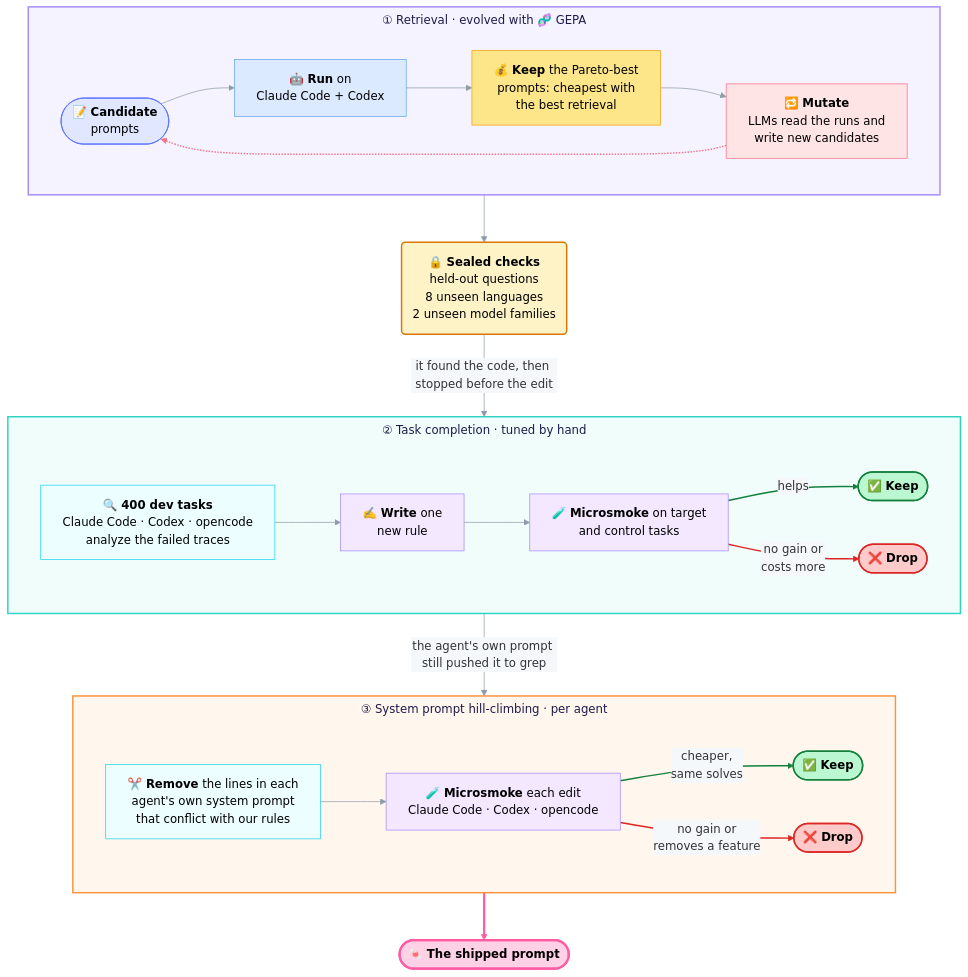
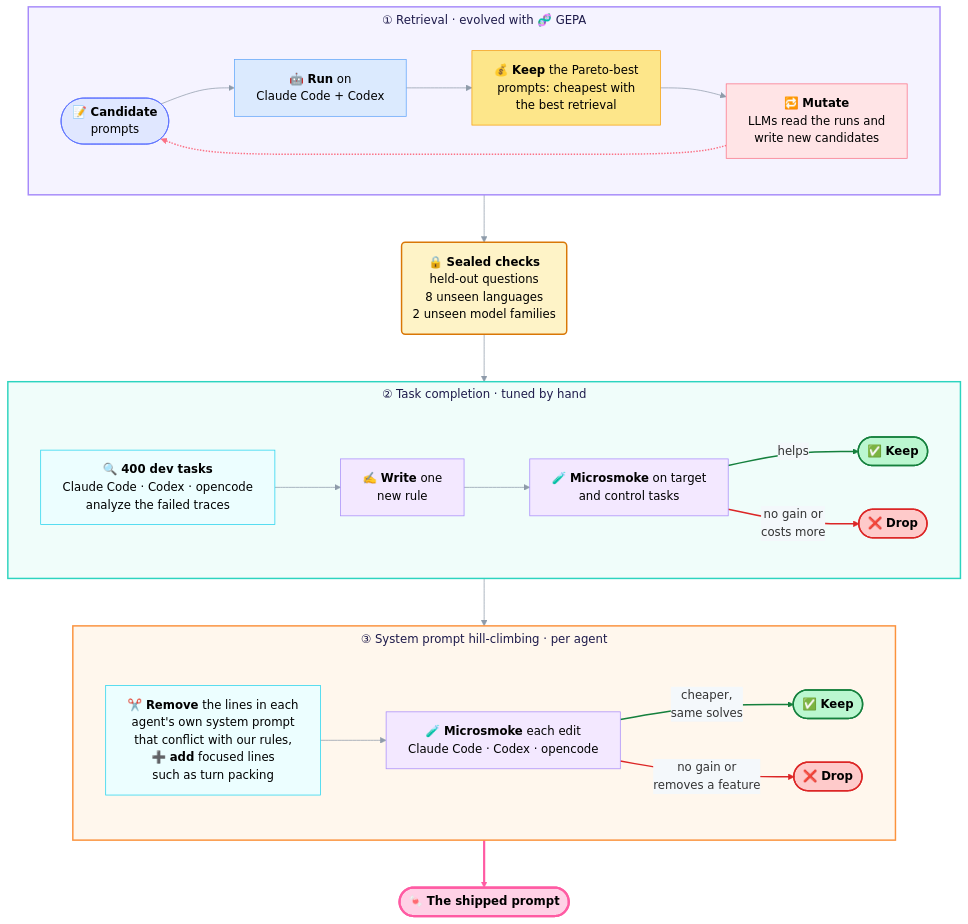
Before and after one commit to mrsladoje/sweet-search: the second of 2 diagrams in README.md, drawn with Mermaid. The commit also changed other lines of this file, not shown here.

Commit message:
readme: step 3 also adds focused lines (turn packing); drop arrow labels

````diff
--- a/README.md
+++ b/README.md
@@ -879,63 +879,63 @@
 ```mermaid
 %%{init: {"theme": "base", "themeVariables": {"titleColor": "#1e1b4b", "textColor": "#1e1b4b", "lineColor": "#8e9baa", "edgeLabelBackground": "#f4f8fb"}, "themeCSS": ".cluster-label span { font-size: 19px; font-weight: 700; }", "flowchart": {"wrappingWidth": 400, "rankSpacing": 65, "nodeSpacing": 60, "subGraphTitleMargin": {"top": 6, "bottom": 14}}}}%%
 flowchart TB
     subgraph S1["① Retrieval · evolved with 🧬 GEPA"]
         direction LR
         A(["📝 <b>Candidate</b><br/>prompts"]) --> B["🤖 <b>Run</b> on<br/>Claude Code + Codex"]
         B --> C["💰 <b>Keep</b> the Pareto-best<br/>prompts: cheapest with<br/>the best retrieval"]
         C --> D["🔁 <b>Mutate</b><br/>LLMs read the runs and<br/>write new candidates"]
         D -.-> A
     end
     S1 --> V("🔒 <b>Sealed checks</b><br/>held-out questions<br/>8 unseen languages<br/>2 unseen model families")
-    V -->|"it found the code, then stopped before the edit"| S2
+    V --> S2
     subgraph S2["② Task completion · tuned by hand"]
         direction LR
         E["🔍 <b>400 dev tasks</b><br/>Claude Code · Codex · opencode<br/>analyze the failed traces"] --> F["✍️ <b>Write</b> one<br/>new rule"]
         F --> G["🧪 <b>Microsmoke</b> on target<br/>and control tasks"]
         G -->|"helps"| H(["✅ <b>Keep</b>"])
         G -->|"no gain or<br/>costs more"| I(["❌ <b>Drop</b>"])
     end
-    S2 -->|"the agent's own prompt still pushed it to grep"| S3
+    S2 --> S3
     subgraph S3["③ System prompt hill-climbing · per agent"]
         direction LR
-        J["✂️ <b>Remove</b> the lines in each<br/>agent's own system prompt<br/>that conflict with our rules"] --> K["🧪 <b>Microsmoke</b> each edit<br/>Claude Code · Codex · opencode"]
+        J["✂️ <b>Remove</b> the lines in each<br/>agent's own system prompt<br/>that conflict with our rules,<br/>➕ <b>add</b> focused lines<br/>such as turn packing"] --> K["🧪 <b>Microsmoke</b> each edit<br/>Claude Code · Codex · opencode"]
         K -->|"cheaper,<br/>same solves"| M(["✅ <b>Keep</b>"])
         K -->|"no gain or<br/>removes a feature"| N(["❌ <b>Drop</b>"])
     end
     S3 ==> P(["🍬 <b>The shipped prompt</b>"])
 
     classDef cand  fill:#e0e7ff,stroke:#596fff,color:#000;
     classDef run   fill:#dbeafe,stroke:#60a5fa,color:#000;
     classDef score fill:#fde68a,stroke:#f59e0b,color:#000;
     classDef llm   fill:#ffe4e6,stroke:#fb7185,color:#000;
     classDef seal  fill:#fef3c7,stroke:#d97706,color:#000,stroke-width:2px;
     classDef dig   fill:#ecfeff,stroke:#22d3ee,color:#000;
     classDef rule  fill:#f3e8ff,stroke:#a78bfa,color:#000;
     classDef keep  fill:#bbf7d0,stroke:#15803d,color:#000,stroke-width:2px;
     classDef drop  fill:#fecaca,stroke:#dc2626,color:#000,stroke-width:2px;
     classDef ship  fill:#ffd1e6,stroke:#ff5ba3,color:#000,stroke-width:3px;
 
     class A cand;
     class B run;
     class C score;
     class D llm;
     class V seal;
     class E dig;
     class F,G rule;
     class H,M keep;
     class I,N drop;
     class J dig;
     class K rule;
     class P ship;
 
     style S1 fill:#f5f3ff,stroke:#a78bfa,stroke-width:2px;
     style S2 fill:#f0fdfa,stroke:#2dd4bf,stroke-width:2px;
     style S3 fill:#fff7ed,stroke:#fb923c,stroke-width:2px;
 
     linkStyle 3 stroke:#fb7185,stroke-width:2px;
     linkStyle 8 stroke:#15803d,stroke-width:2px;
     linkStyle 9 stroke:#dc2626,stroke-width:2px;
     linkStyle 12 stroke:#15803d,stroke-width:2px;
     linkStyle 13 stroke:#dc2626,stroke-width:2px;
     linkStyle 14 stroke:#ff5ba3,stroke-width:3px;
 ```
````
